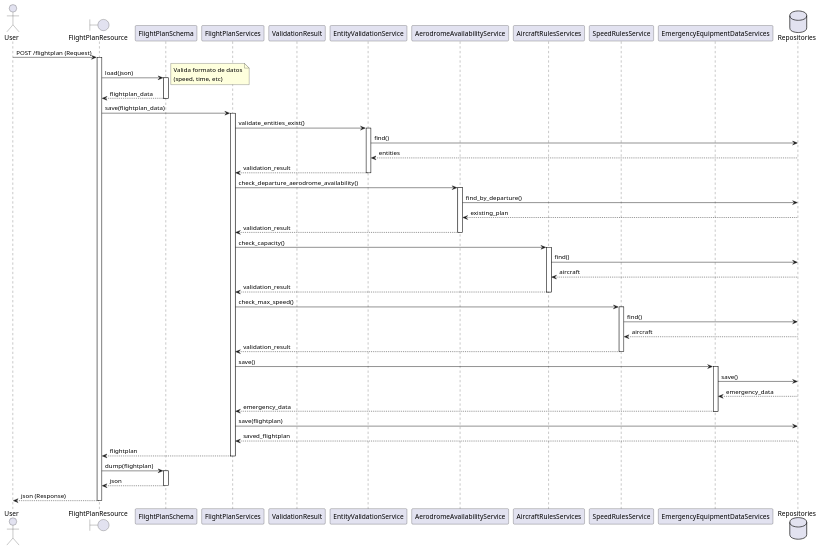
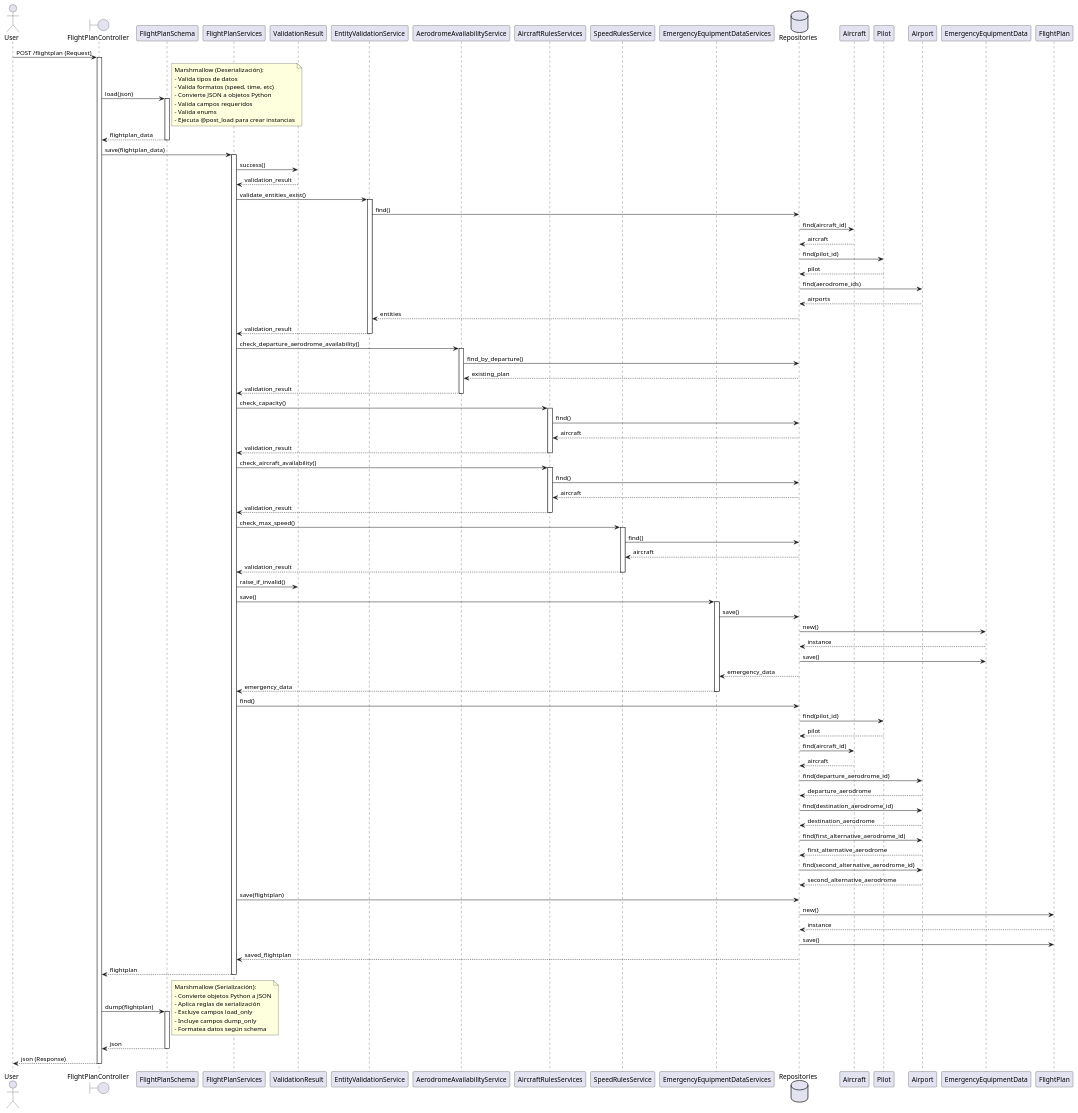
One commit to Facumerino03/Jetpass changed the diagram in docs/sequence_diagram.puml. Above: the diagram before and after it, drawn with PlantUML. The commit also changed 8 other files, not shown here.

```diff
--- a/docs/sequence_diagram.puml
+++ b/docs/sequence_diagram.puml
@@ -1,79 +1,140 @@
 @startuml secuencia
 
 actor User
-boundary FlightPlanResource
+boundary FlightPlanController
 participant FlightPlanSchema
 participant FlightPlanServices
 participant ValidationResult
 participant EntityValidationService
 participant AerodromeAvailabilityService
 participant AircraftRulesServices
 participant SpeedRulesService
 participant EmergencyEquipmentDataServices
 database Repositories
+participant Aircraft
+participant Pilot
+participant Airport
+participant EmergencyEquipmentData
+participant FlightPlan
 
-User -> FlightPlanResource: POST /flightplan (Request)
-activate FlightPlanResource
+User -> FlightPlanController: POST /flightplan (Request)
+activate FlightPlanController
 
-FlightPlanResource -> FlightPlanSchema: load(json)
+FlightPlanController -> FlightPlanSchema: load(json)
 activate FlightPlanSchema
-note right: Valida formato de datos\n(speed, time, etc)
-FlightPlanResource <-- FlightPlanSchema: flightplan_data
+note right
+  Marshmallow (Deserialización):
+  - Valida tipos de datos
+  - Valida formatos (speed, time, etc)
+  - Convierte JSON a objetos Python
+  - Valida campos requeridos
+  - Valida enums
+  - Ejecuta @post_load para crear instancias
+end note
+FlightPlanController <-- FlightPlanSchema: flightplan_data
 deactivate FlightPlanSchema
 
-FlightPlanResource -> FlightPlanServices: save(flightplan_data)
+FlightPlanController -> FlightPlanServices: save(flightplan_data)
 activate FlightPlanServices
 
 ' Validaciones
+FlightPlanServices -> ValidationResult: success()
+FlightPlanServices <-- ValidationResult: validation_result
+
 FlightPlanServices -> EntityValidationService: validate_entities_exist()
 activate EntityValidationService
 EntityValidationService -> Repositories: find()
+Repositories -> Aircraft: find(aircraft_id)
+Repositories <-- Aircraft: aircraft
+Repositories -> Pilot: find(pilot_id)
+Repositories <-- Pilot: pilot
+Repositories -> Airport: find(aerodrome_ids)
+Repositories <-- Airport: airports
 EntityValidationService <-- Repositories: entities
 FlightPlanServices <-- EntityValidationService: validation_result
 deactivate EntityValidationService
 
 FlightPlanServices -> AerodromeAvailabilityService: check_departure_aerodrome_availability()
 activate AerodromeAvailabilityService
 AerodromeAvailabilityService -> Repositories: find_by_departure()
 AerodromeAvailabilityService <-- Repositories: existing_plan
 FlightPlanServices <-- AerodromeAvailabilityService: validation_result
 deactivate AerodromeAvailabilityService
 
 FlightPlanServices -> AircraftRulesServices: check_capacity()
 activate AircraftRulesServices
 AircraftRulesServices -> Repositories: find()
 AircraftRulesServices <-- Repositories: aircraft
 FlightPlanServices <-- AircraftRulesServices: validation_result
 deactivate AircraftRulesServices
 
+FlightPlanServices -> AircraftRulesServices: check_aircraft_availability()
+activate AircraftRulesServices
+AircraftRulesServices -> Repositories: find()
+AircraftRulesServices <-- Repositories: aircraft
+FlightPlanServices <-- AircraftRulesServices: validation_result
+deactivate AircraftRulesServices
+
 FlightPlanServices -> SpeedRulesService: check_max_speed()
 activate SpeedRulesService
 SpeedRulesService -> Repositories: find()
 SpeedRulesService <-- Repositories: aircraft
 FlightPlanServices <-- SpeedRulesService: validation_result
 deactivate SpeedRulesService
 
+' Validación final
+FlightPlanServices -> ValidationResult: raise_if_invalid()
+
 ' Creación de entidades relacionadas
 FlightPlanServices -> EmergencyEquipmentDataServices: save()
 activate EmergencyEquipmentDataServices
 EmergencyEquipmentDataServices -> Repositories: save()
+Repositories -> EmergencyEquipmentData: new()
+Repositories <-- EmergencyEquipmentData: instance
+Repositories -> EmergencyEquipmentData: save()
 EmergencyEquipmentDataServices <-- Repositories: emergency_data
 FlightPlanServices <-- EmergencyEquipmentDataServices: emergency_data
 deactivate EmergencyEquipmentDataServices
 
+' Obtención de entidades relacionadas
+FlightPlanServices -> Repositories: find()
+Repositories -> Pilot: find(pilot_id)
+Repositories <-- Pilot: pilot
+Repositories -> Aircraft: find(aircraft_id)
+Repositories <-- Aircraft: aircraft
+Repositories -> Airport: find(departure_aerodrome_id)
+Repositories <-- Airport: departure_aerodrome
+Repositories -> Airport: find(destination_aerodrome_id)
+Repositories <-- Airport: destination_aerodrome
+Repositories -> Airport: find(first_alternative_aerodrome_id)
+Repositories <-- Airport: first_alternative_aerodrome
+Repositories -> Airport: find(second_alternative_aerodrome_id)
+Repositories <-- Airport: second_alternative_aerodrome
+
 ' Guardado final
 FlightPlanServices -> Repositories: save(flightplan)
+Repositories -> FlightPlan: new()
+Repositories <-- FlightPlan: instance
+Repositories -> FlightPlan: save()
 FlightPlanServices <-- Repositories: saved_flightplan
 
-FlightPlanResource <-- FlightPlanServices: flightplan
+FlightPlanController <-- FlightPlanServices: flightplan
 deactivate FlightPlanServices
 
-FlightPlanResource -> FlightPlanSchema: dump(flightplan)
+FlightPlanController -> FlightPlanSchema: dump(flightplan)
 activate FlightPlanSchema
-FlightPlanResource <-- FlightPlanSchema: json
+note right
+  Marshmallow (Serialización):
+  - Convierte objetos Python a JSON
+  - Aplica reglas de serialización
+  - Excluye campos load_only
+  - Incluye campos dump_only
+  - Formatea datos según schema
+end note
+FlightPlanController <-- FlightPlanSchema: json
 deactivate FlightPlanSchema
 
-User <-- FlightPlanResource: json (Response)
-deactivate FlightPlanResource
+User <-- FlightPlanController: json (Response)
+deactivate FlightPlanController
 
 @enduml
```
